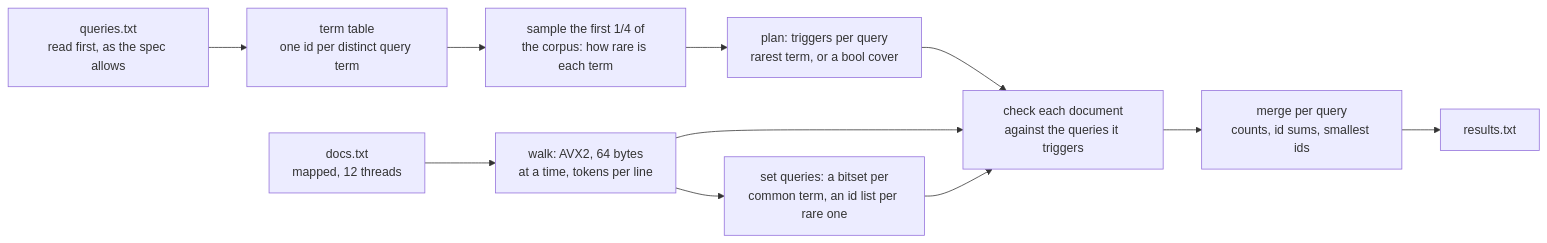
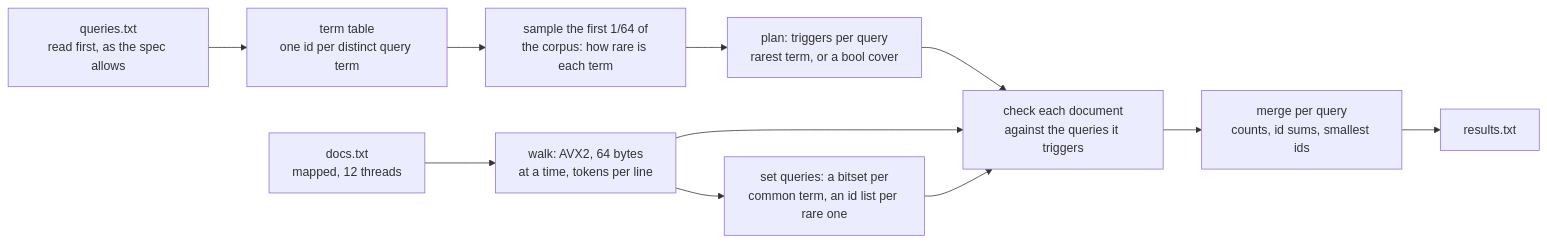
The diagram in track-b/README.md (keirsalterego/danse-macabre), drawn with Mermaid before and after one commit. The commit also changed other lines of this file and 1 other file, not shown here.

Commit message:
track-b: README and docs overview, the sample is the corpus's first 1/64, not a quarter (SAMPLE_SHARE = 64)

````diff
--- a/track-b/README.md
+++ b/track-b/README.md
@@ -19,13 +19,13 @@
 ```mermaid
 flowchart LR
     Q["queries.txt<br/>read first, as the spec allows"] --> T["term table<br/>one id per distinct query term"]
-    T --> S["sample the first 1/4 of<br/>the corpus: how rare is each term"]
+    T --> S["sample the first 1/64 of<br/>the corpus: how rare is each term"]
     S --> P["plan: triggers per query<br/>rarest term, or a bool cover"]
     D["docs.txt<br/>mapped, 12 threads"] --> W["walk: AVX2, 64 bytes<br/>at a time, tokens per line"]
     P --> C
     W --> C["check each document<br/>against the queries it triggers"]
     W --> B["set queries: a bitset per<br/>common term, an id list per rare one"]
     B --> C
     C --> M["merge per query<br/>counts, id sums, smallest ids"]
     M --> O["results.txt"]
 ```
````
